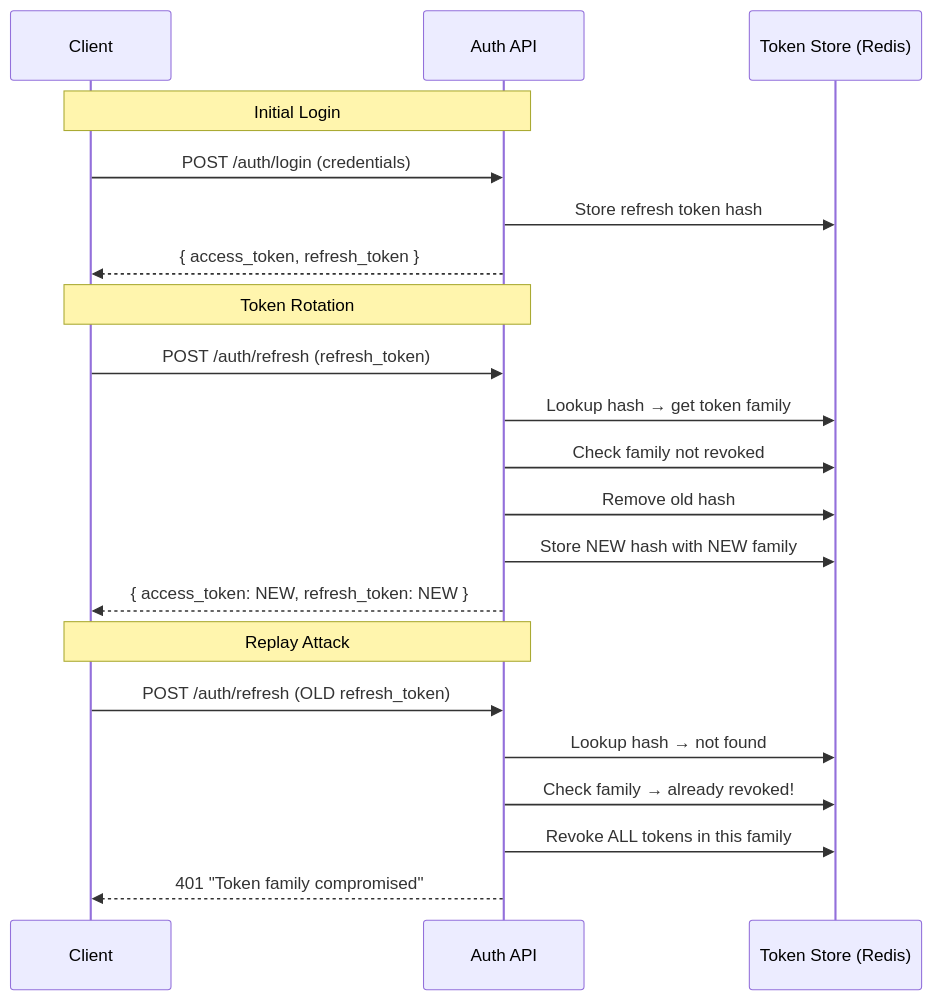
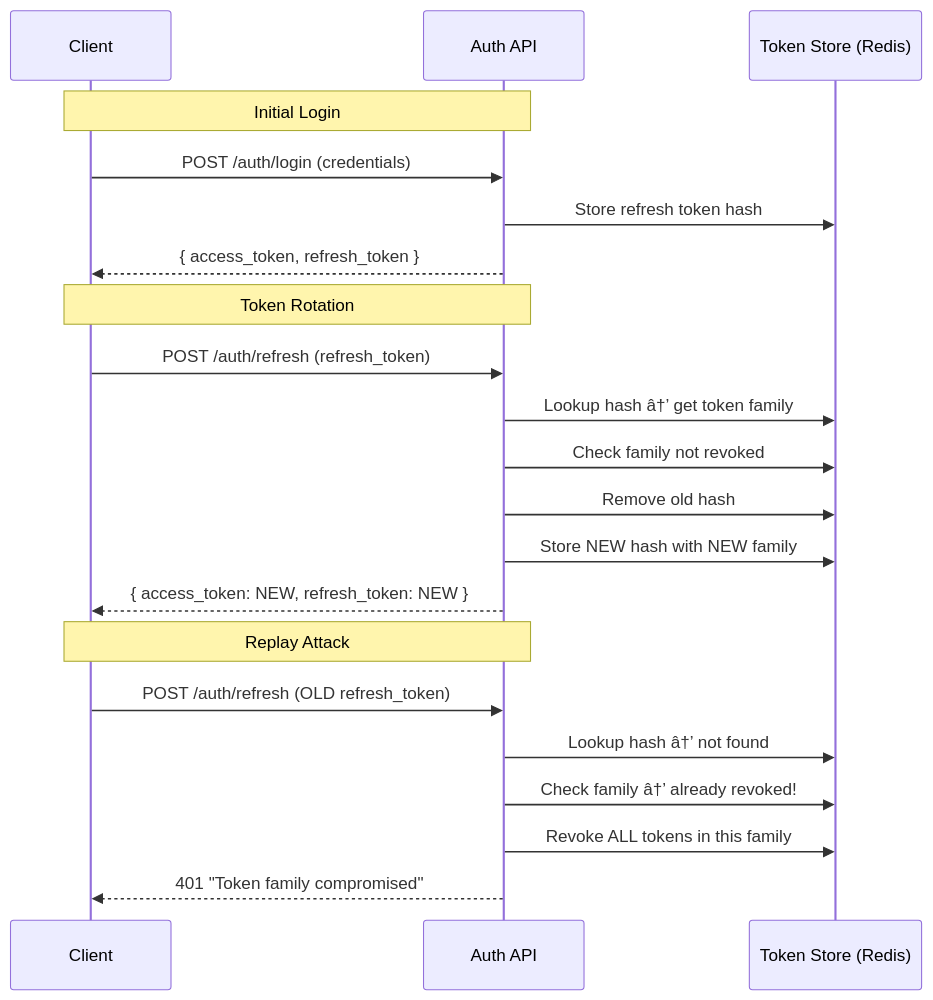
The second of 3 diagrams in docs/courses/ai-agent-engineer/01-phase0-backend-hardening.md (Raushan666java/ai-engineering-journey), drawn with Mermaid before and after one commit. The commit also changed other lines of this file and 735 other files, not shown here.

````diff
--- a/docs/courses/ai-agent-engineer/01-phase0-backend-hardening.md
+++ b/docs/courses/ai-agent-engineer/01-phase0-backend-hardening.md
@@ -894,26 +894,26 @@
 ```mermaid
 sequenceDiagram
     participant C as Client
     participant A as Auth API
     participant S as Token Store (Redis)
 
     Note over C,A: Initial Login
     C->>A: POST /auth/login (credentials)
     A->>S: Store refresh token hash
     A-->>C: { access_token, refresh_token }
 
     Note over C,A: Token Rotation
     C->>A: POST /auth/refresh (refresh_token)
-    A->>S: Lookup hash → get token family
+    A->>S: Lookup hash â†’ get token family
     A->>S: Check family not revoked
     A->>S: Remove old hash
     A->>S: Store NEW hash with NEW family
     A-->>C: { access_token: NEW, refresh_token: NEW }
 
     Note over C,A: Replay Attack
     C->>A: POST /auth/refresh (OLD refresh_token)
-    A->>S: Lookup hash → not found
-    A->>S: Check family → already revoked!
+    A->>S: Lookup hash â†’ not found
+    A->>S: Check family â†’ already revoked!
     A->>S: Revoke ALL tokens in this family
     A-->>C: 401 "Token family compromised"
 ```
````
